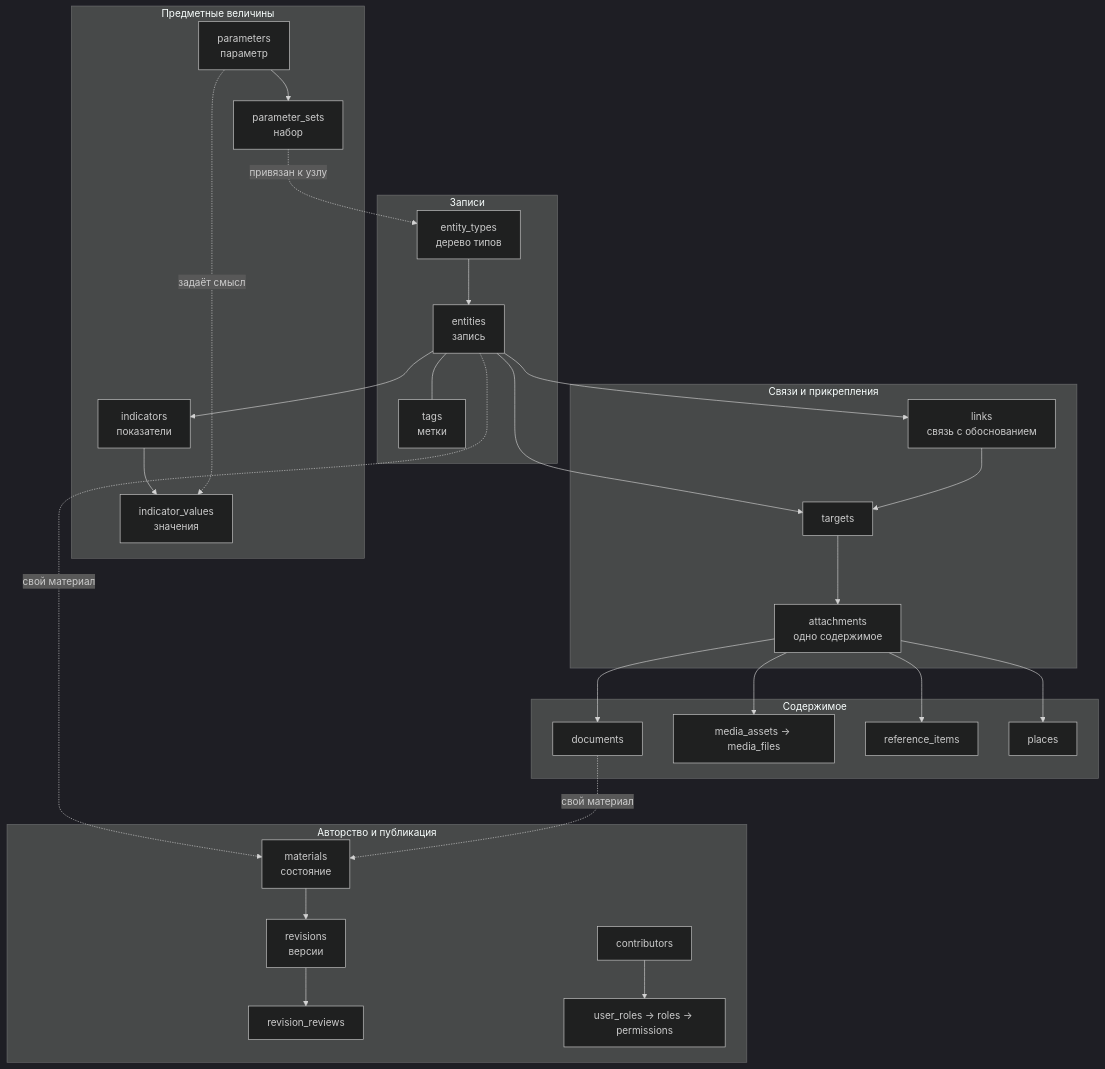
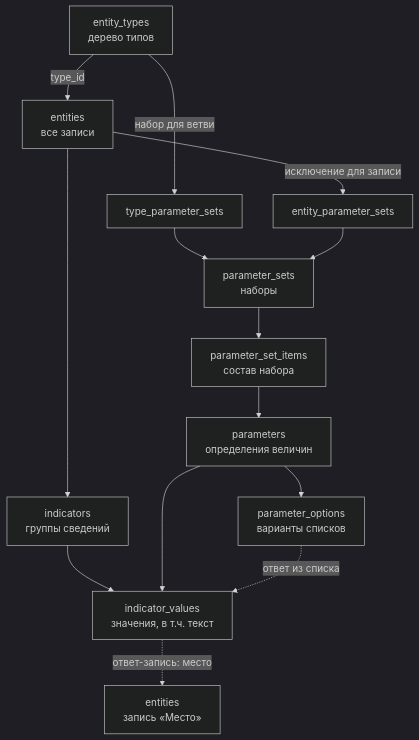
One commit to softom/2vhutemas2 changed the first of 3 diagrams in WIKI/Схема данных.md. Above: the diagram before and after it, drawn with Mermaid (dark theme). The commit also changed other lines of this file and 50 other files, not shown here.

First line of the commit message:
Р-86: одна модель — текст параметр, место, изображение и документ — записи; WIKI сведена

````diff
--- a/WIKI/Схема данных.md
+++ b/WIKI/Схема данных.md
@@ -15,33 +21,16 @@
 ```mermaid
-flowchart TB
-    subgraph ZAP["Записи"]
-        ET["entity_types<br/>дерево типов"] --> E["entities<br/>запись"]
-        E --- TG["tags<br/>метки"]
-    end
-    subgraph PAR["Предметные величины"]
-        P["parameters<br/>параметр"] --> PS["parameter_sets<br/>набор"]
-        PS -.привязан к узлу.-> ET
-        E --> IND["indicators<br/>показатели"]
-        IND --> IV["indicator_values<br/>значения"]
-        P -.задаёт смысл.-> IV
-    end
-    subgraph SV["Связи и прикрепления"]
-        E --> L["links<br/>связь с обоснованием"]
-        E --> T["targets"]
-        L --> T
-        T --> AT["attachments<br/>одно содержимое"]
-    end
-    subgraph SOD["Содержимое"]
-        AT --> D["documents"]
-        AT --> MA["media_assets → media_files"]
-        AT --> RI["reference_items"]
-        AT --> PL["places"]
-    end
-    subgraph PUB["Авторство и публикация"]
-        M["materials<br/>состояние"] --> R["revisions<br/>версии"]
-        R --> RR["revision_reviews"]
-        CO["contributors"] --> UR["user_roles → roles → permissions"]
-    end
-    E -.свой материал.-> M
-    D -.свой материал.-> M
+flowchart TD
+    T["entity_types<br/>дерево типов"] -->|"type_id"| E["entities<br/>все записи"]
+    T -->|"набор для ветви"| TPS["type_parameter_sets"]
+    TPS --> PS["parameter_sets<br/>наборы"]
+    E -->|"исключение для записи"| EPS["entity_parameter_sets"]
+    EPS --> PS
+    PS --> PSI["parameter_set_items<br/>состав набора"]
+    PSI --> P["parameters<br/>определения величин"]
+    P --> PO["parameter_options<br/>варианты списков"]
+    E --> I["indicators<br/>группы сведений"]
+    I --> V["indicator_values<br/>значения, в т.ч. текст"]
+    P --> V
+    PO -.->|"ответ из списка"| V
+    V -.->|"ответ-запись: место"| EM["entities<br/>запись «Место»"]
 ```
````
